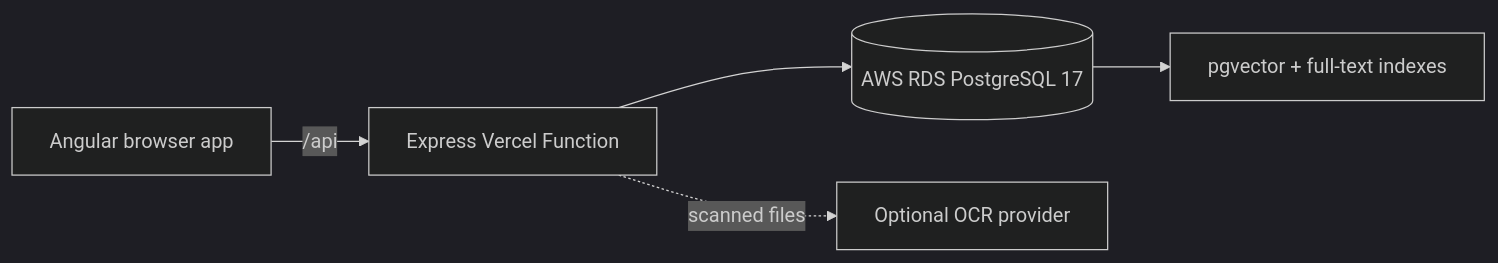
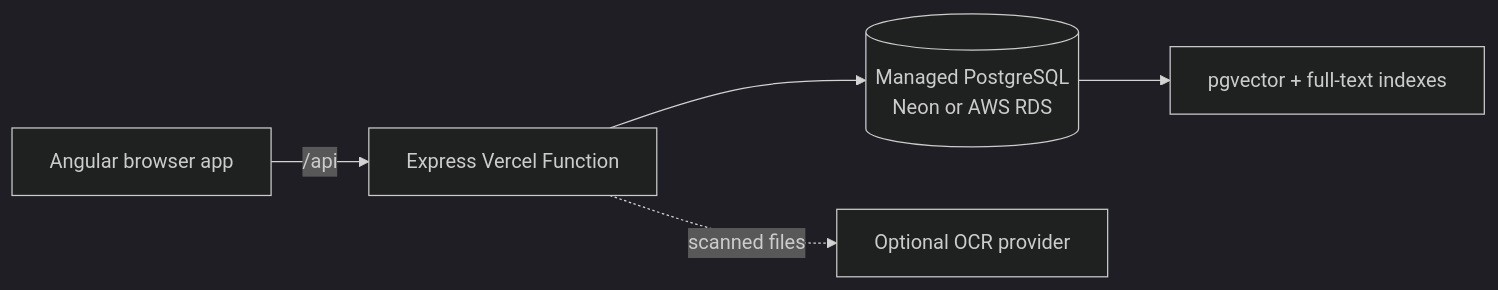
Before and after one commit to nycodez/hackathon-framework: the diagram in README.md, drawn with Mermaid (dark theme). The commit also changed other lines of this file and 2 other files, not shown here.

````diff
--- a/README.md
+++ b/README.md
@@ -22,7 +70,7 @@
 ```mermaid
 flowchart LR
   B[Angular browser app] -->|/api| V[Express Vercel Function]
-  V --> R[(AWS RDS PostgreSQL 17)]
+  V --> R[(Managed PostgreSQL<br/>Neon or AWS RDS)]
   R --> P[pgvector + full-text indexes]
   V -. scanned files .-> O[Optional OCR provider]
 ```
````
